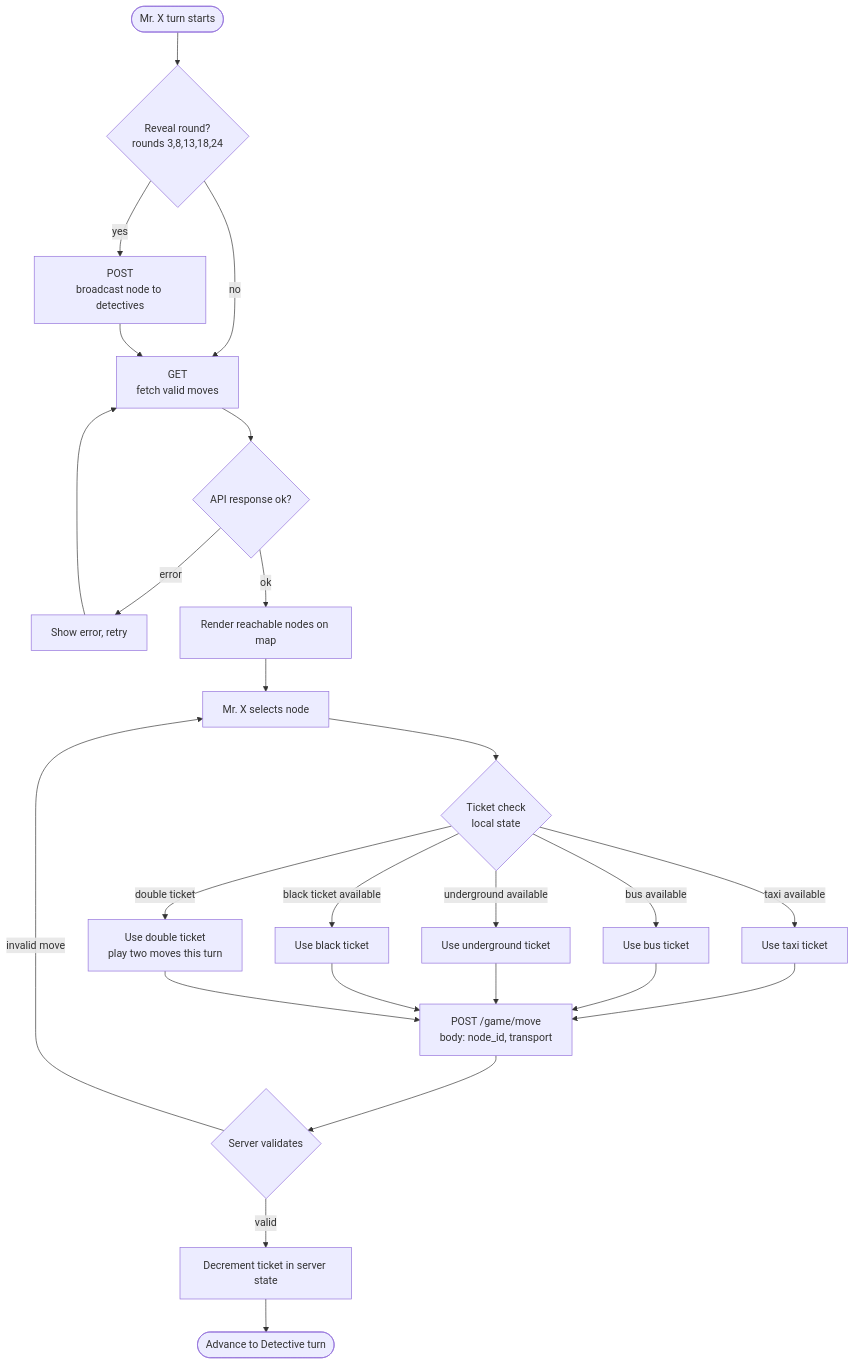
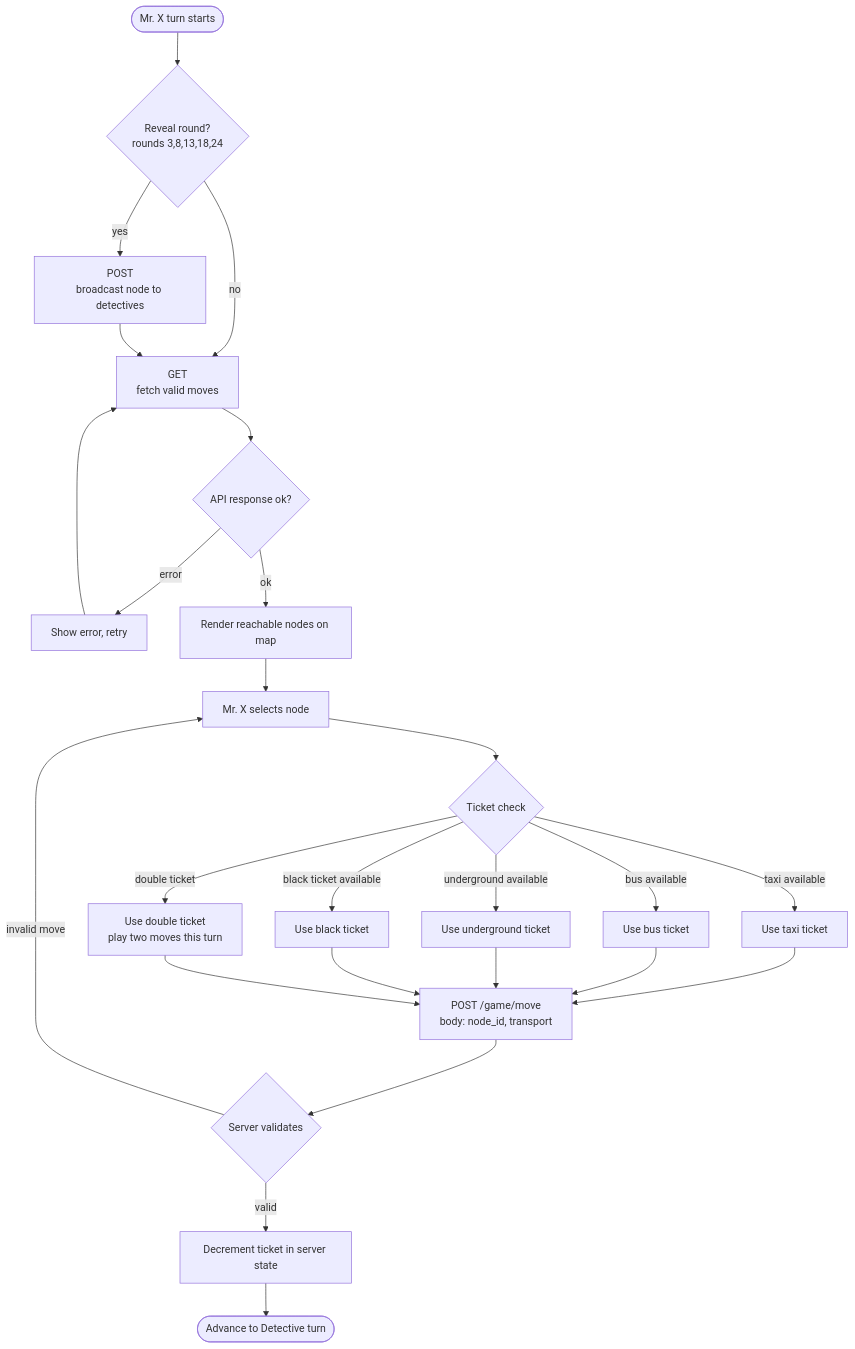
One commit to Ming-Bao/Scotland-Yard changed the second of 3 diagrams in documentation/plans/state_diagrams.md. Above: the diagram before and after it, drawn with Mermaid. The commit also changed other lines of this file, not shown here.

Commit message:
updates detective flowchart

````diff
--- a/documentation/plans/state_diagrams.md
+++ b/documentation/plans/state_diagrams.md
@@ -50,24 +50,24 @@
 ``` mermaid
 flowchart TD
     A([Mr. X turn starts]) --> R{Reveal round?\nrounds 3,8,13,18,24}
     R -- yes --> RA[POST\nbroadcast node to detectives]
     R -- no --> B
     RA --> B[GET \nfetch valid moves]
     B --> C{API response ok?}
     C -- error --> B2[Show error, retry]
     B2 --> B
     C -- ok --> D[Render reachable nodes on map]
     D --> E[Mr. X selects node]
-    E --> F{Ticket check\nlocal state}
+    E --> F{Ticket check}
     F -- taxi available --> G1[Use taxi ticket]
     F -- bus available --> G2[Use bus ticket]
     F -- underground available --> G3[Use underground ticket]
     F -- black ticket available --> G4[Use black ticket]
     F -- double ticket --> G5[Use double ticket\nplay two moves this turn]
     G1 & G2 & G3 & G4 & G5 --> I[POST /game/move\nbody: node_id, transport]
     I --> J{Server validates}
     J -- invalid move --> E
     J -- valid --> N[Decrement ticket in server state]
     N --> O([Advance to Detective turn])
 
 ```
````
